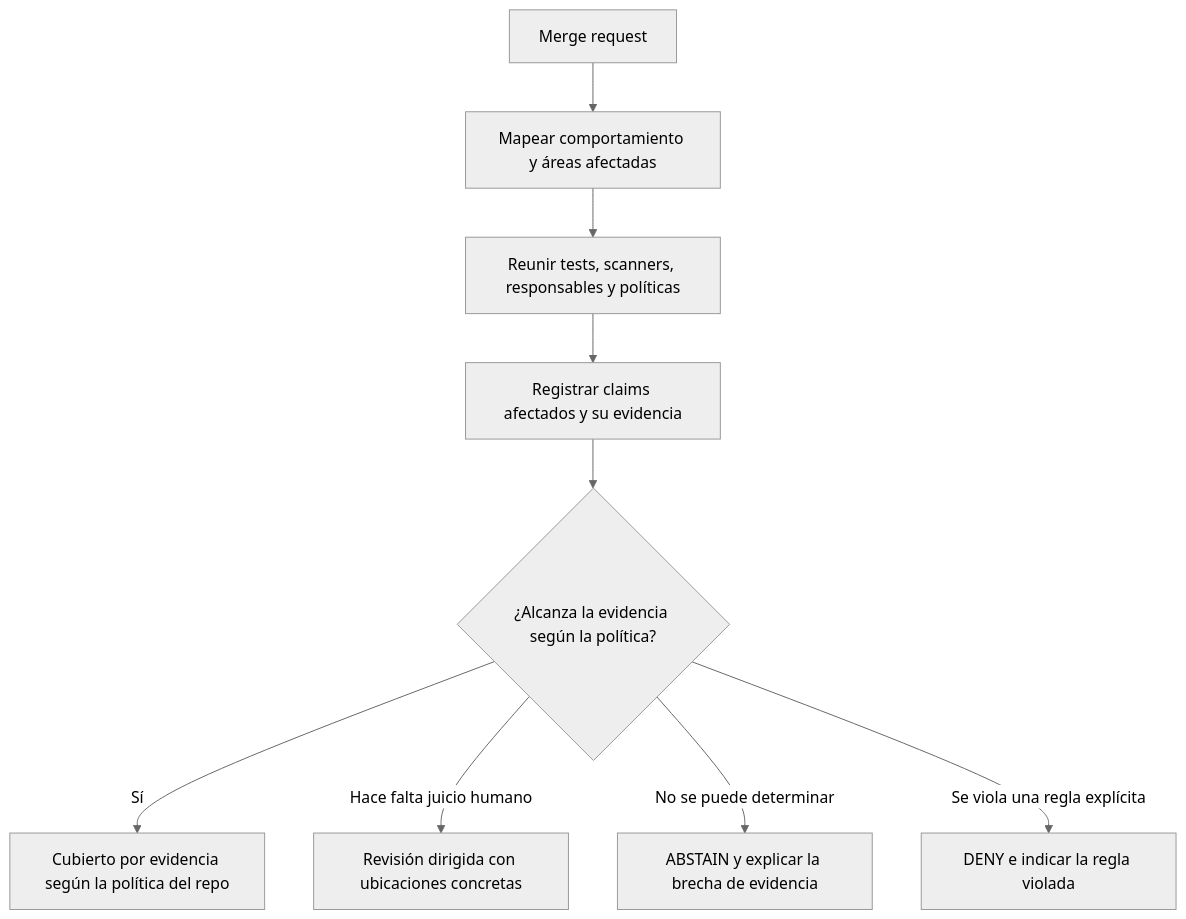
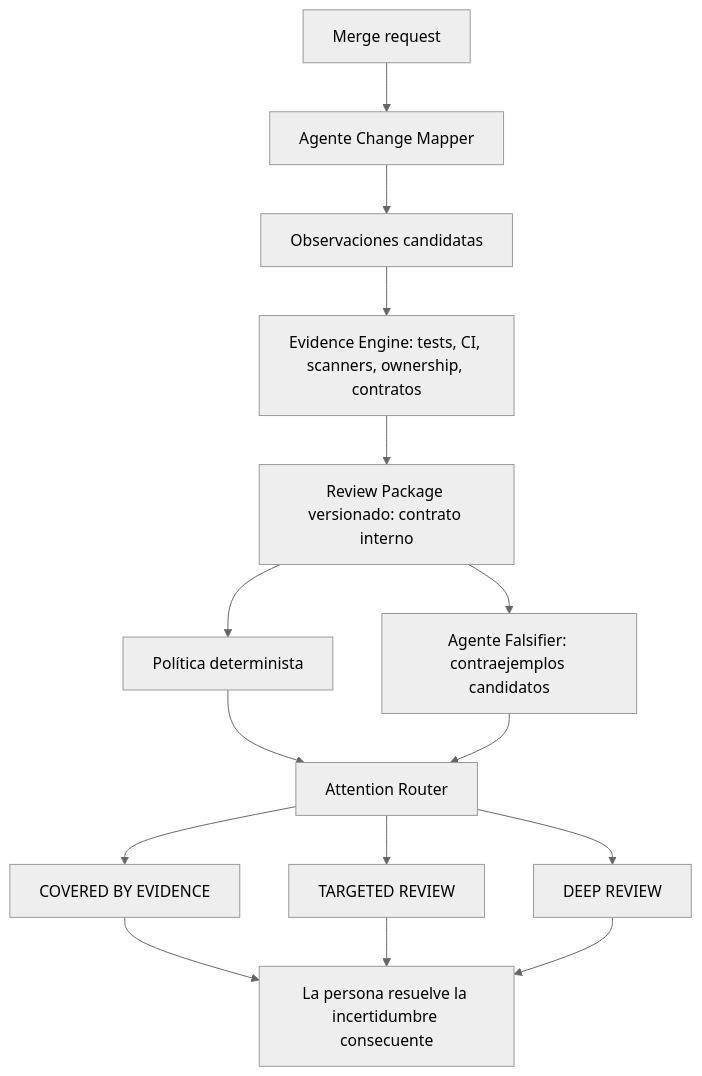
The first of 5 diagrams in README.es.md (annatchijova/to-build-a-fire), drawn with Mermaid (neutral theme) before and after one commit. The commit also changed other lines of this file and 13 other files, not shown here.

Commit message:
Build Level 1 attention router core

````diff
--- a/README.es.md
+++ b/README.es.md
@@ -21,11 +23,17 @@
 ```mermaid
 flowchart TD
-    MR[Merge request] --> MAP[Mapear comportamiento y áreas afectadas]
-    MAP --> EVIDENCE[Reunir tests, scanners, responsables y políticas]
-    EVIDENCE --> CLAIMS[Registrar claims afectados y su evidencia]
-    CLAIMS --> DECISION{¿Alcanza la evidencia según la política?}
-    DECISION -->|Sí| COVERED[Cubierto por evidencia según la política del repo]
-    DECISION -->|Hace falta juicio humano| TARGET[Revisión dirigida con ubicaciones concretas]
-    DECISION -->|No se puede determinar| ABSTAIN[ABSTAIN y explicar la brecha de evidencia]
-    DECISION -->|Se viola una regla explícita| DENY[DENY e indicar la regla violada]
+    MR[Merge request] --> MAP[Agente Change Mapper]
+    MAP --> CANDIDATES[Observaciones candidatas]
+    CANDIDATES --> EVIDENCE[Evidence Engine: tests, CI, scanners, ownership, contratos]
+    EVIDENCE --> PACKAGE[Review Package versionado: contrato interno]
+    PACKAGE --> POLICY[Política determinista]
+    PACKAGE --> FALSIFIER[Agente Falsifier: contraejemplos candidatos]
+    POLICY --> ROUTER[Attention Router]
+    FALSIFIER --> ROUTER
+    ROUTER --> COVERED[COVERED BY EVIDENCE]
+    ROUTER --> TARGET[TARGETED REVIEW]
+    ROUTER --> DEEP[DEEP REVIEW]
+    COVERED --> HUMAN[La persona resuelve la incertidumbre consecuente]
+    TARGET --> HUMAN
+    DEEP --> HUMAN
 ```
````
